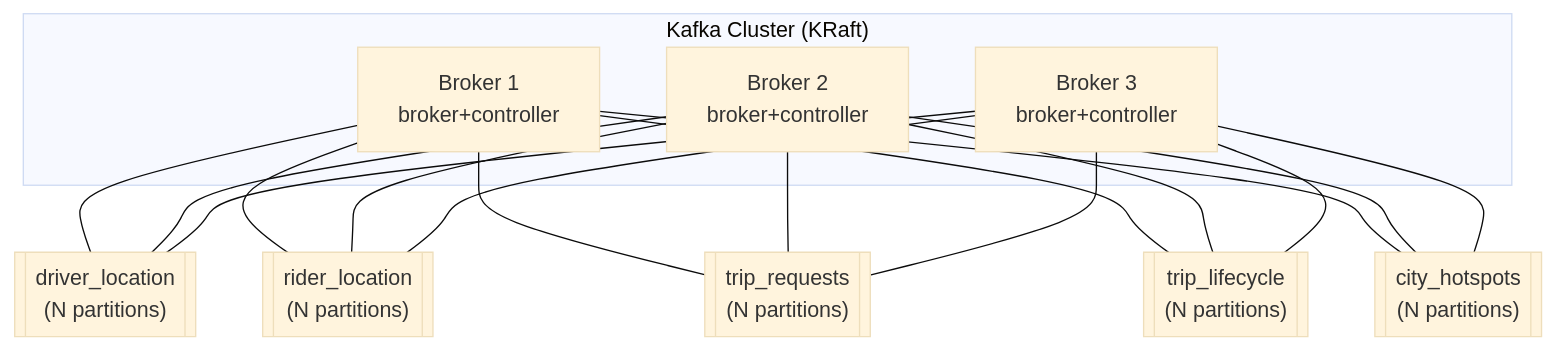
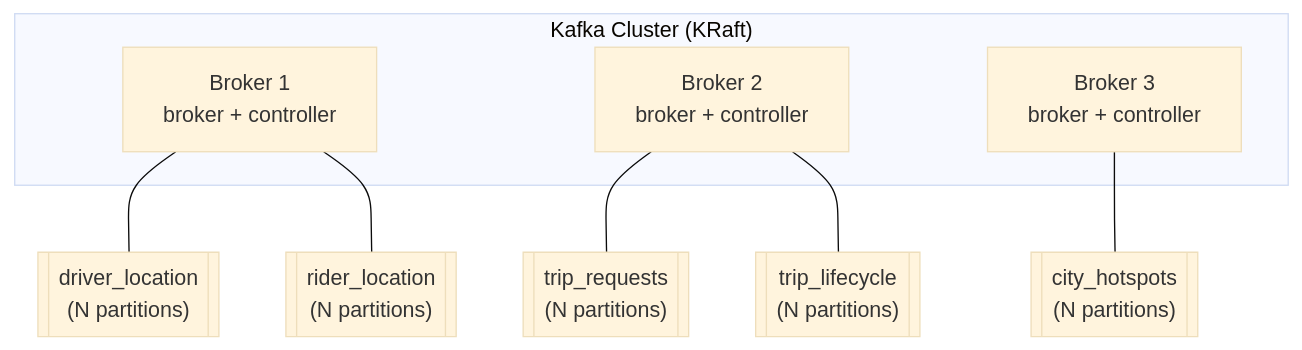
The fifth of 6 diagrams in README.md (bahman-farhadian/Meanul-Data-Studio), drawn with Mermaid (base theme) before and after one commit. The commit also changed other lines of this file and 24 other files, not shown here.

````diff
--- a/README.md
+++ b/README.md
@@ -237,16 +261,20 @@
 ```mermaid
 graph TB
     subgraph Kafka ["Kafka Cluster (KRaft)"]
-        B1[Broker 1\nbroker+controller]
-        B2[Broker 2\nbroker+controller]
-        B3[Broker 3\nbroker+controller]
+        B1["Broker 1<br/>broker + controller"]
+        B2["Broker 2<br/>broker + controller"]
+        B3["Broker 3<br/>broker + controller"]
     end
 
-    T1[["driver_location\n(N partitions)"]]
-    T2[["rider_location\n(N partitions)"]]
-    T3[["trip_requests\n(N partitions)"]]
-    T4[["trip_lifecycle\n(N partitions)"]]
-    T5[["city_hotspots\n(N partitions)"]]
+    T1[["driver_location<br/>(N partitions)"]]
+    T2[["rider_location<br/>(N partitions)"]]
+    T3[["trip_requests<br/>(N partitions)"]]
+    T4[["trip_lifecycle<br/>(N partitions)"]]
+    T5[["city_hotspots<br/>(N partitions)"]]
 
-    B1 & B2 & B3 --- T1 & T2 & T3 & T4 & T5
+    B1 --- T1
+    B1 --- T2
+    B2 --- T3
+    B2 --- T4
+    B3 --- T5
 ```
````
